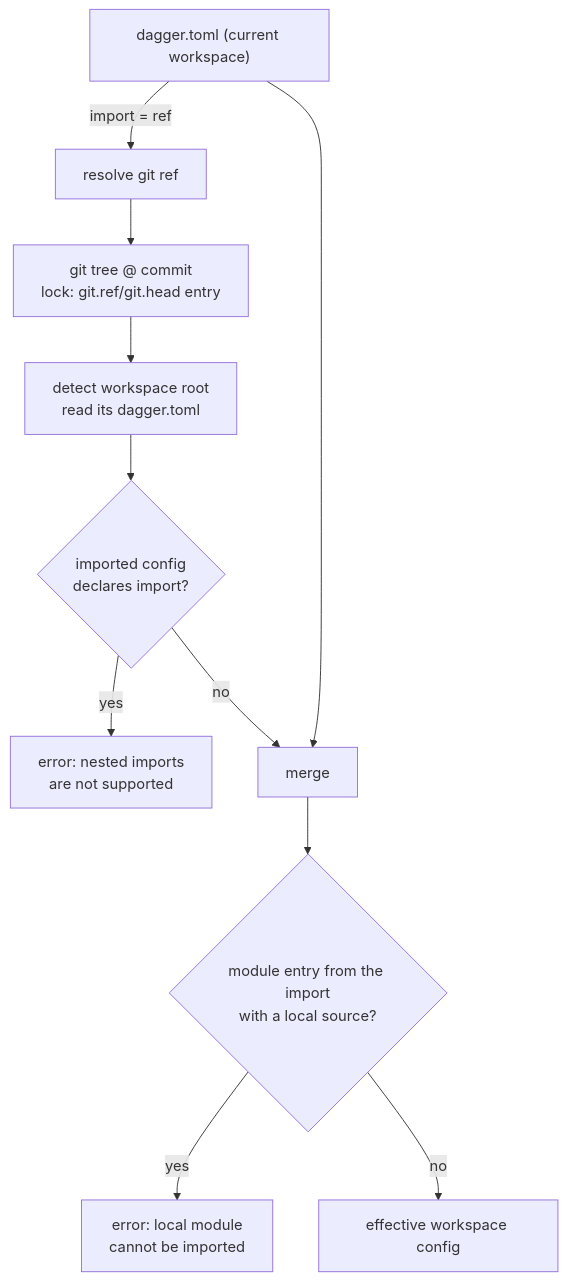
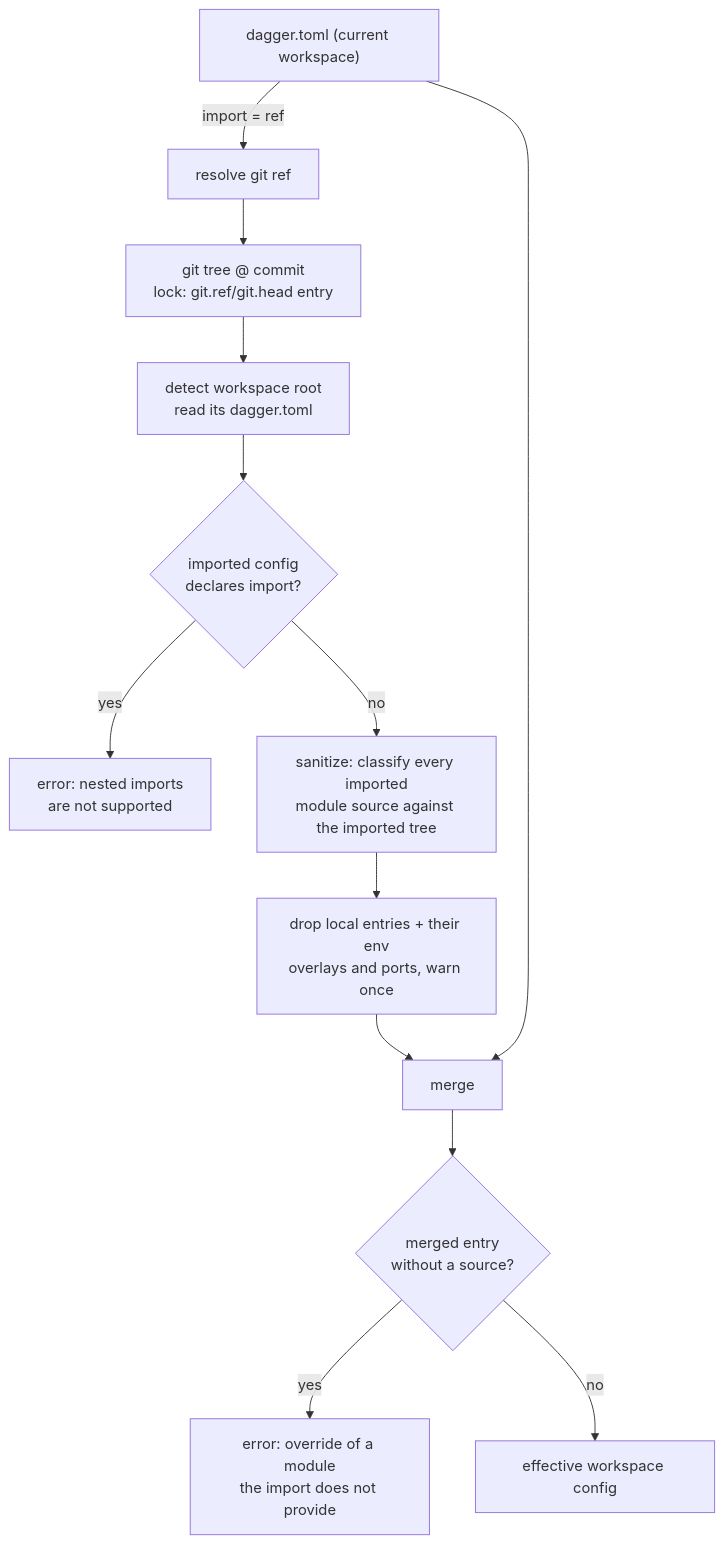
Before and after one commit to dagger/dagger: the first of 2 diagrams in future/workspace-config-import.md, drawn with Mermaid. The commit also changed other lines of this file, not shown here.

First line of the commit message:
future: revise workspace import design after plan review

````diff
--- a/future/workspace-config-import.md
+++ b/future/workspace-config-import.md
@@ -95,13 +102,15 @@
 ```mermaid
 graph TD
     A["dagger.toml (current workspace)"] -->|"import = ref"| B[resolve git ref]
     B --> C["git tree @ commit<br/>lock: git.ref/git.head entry"]
     C --> D["detect workspace root<br/>read its dagger.toml"]
     D --> E{"imported config<br/>declares import?"}
     E -->|yes| F["error: nested imports<br/>are not supported"]
-    E -->|no| G[merge]
-    A --> G
-    G --> H{"module entry from the import<br/>with a local source?"}
-    H -->|yes| I["error: local module<br/>cannot be imported"]
-    H -->|no| J[effective workspace config]
+    E -->|no| G["sanitize: classify every imported<br/>module source against the imported tree"]
+    G --> H["drop local entries + their env<br/>overlays and ports, warn once"]
+    H --> I[merge]
+    A --> I
+    I --> J{"merged entry<br/>without a source?"}
+    J -->|yes| K["error: override of a module<br/>the import does not provide"]
+    J -->|no| L[effective workspace config]
 ```
````
